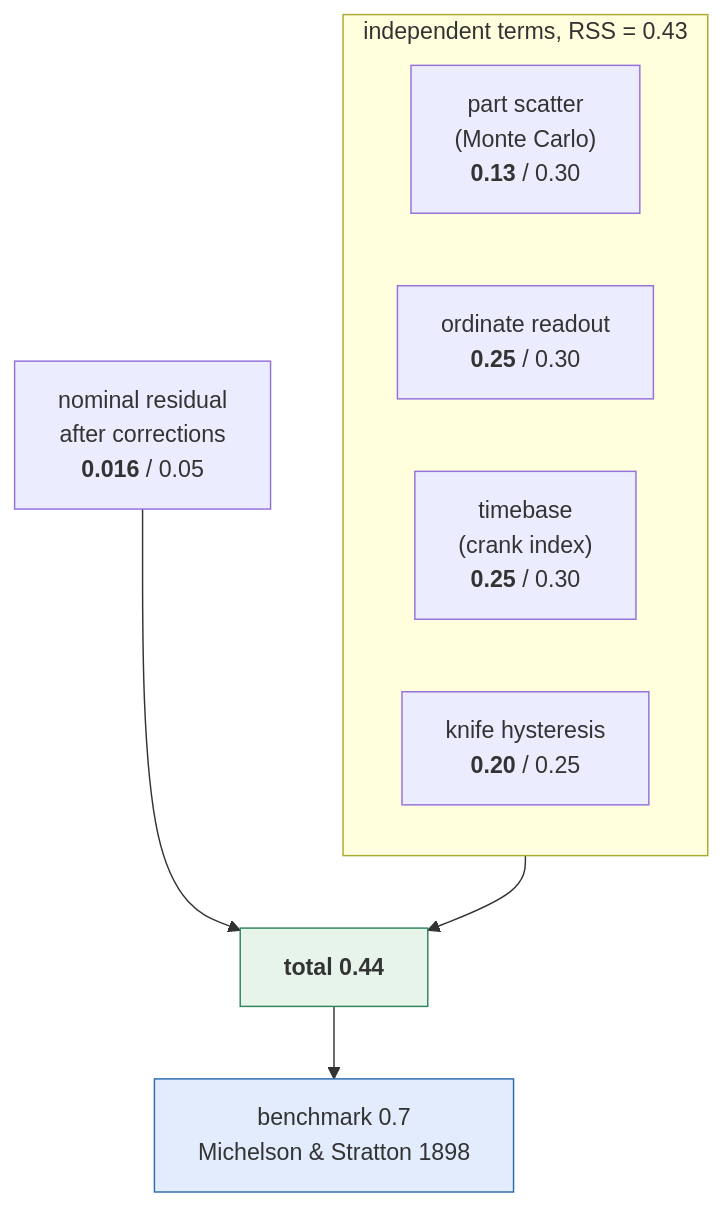
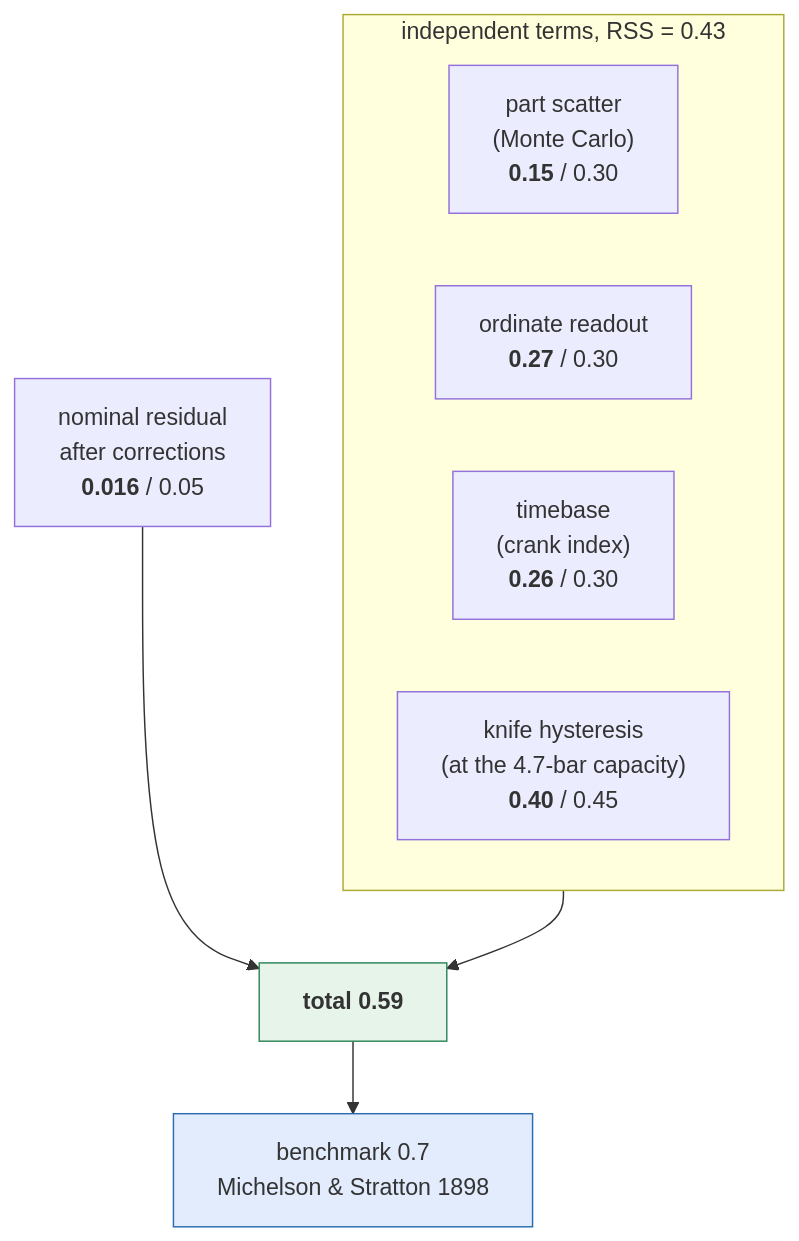
Before and after one commit to pedropaulovc/harmonic-analyzer: the third of 4 diagrams in cad/docs/tolerance-policy.md, drawn with Mermaid. The commit also changed other lines of this file and 6 other files, not shown here.

````diff
--- a/cad/docs/tolerance-policy.md
+++ b/cad/docs/tolerance-policy.md
@@ -292,16 +296,16 @@
 ```mermaid
 flowchart TB
     subgraph rss["independent terms, RSS = 0.43"]
         direction LR
-        s["part scatter<br/>(Monte Carlo)<br/><b>0.13</b> / 0.30"]
-        r["ordinate readout<br/><b>0.25</b> / 0.30"]
-        t["timebase<br/>(crank index)<br/><b>0.25</b> / 0.30"]
-        k["knife hysteresis<br/><b>0.20</b> / 0.25"]
+        s["part scatter<br/>(Monte Carlo)<br/><b>0.15</b> / 0.30"]
+        r["ordinate readout<br/><b>0.27</b> / 0.30"]
+        t["timebase<br/>(crank index)<br/><b>0.26</b> / 0.30"]
+        k["knife hysteresis<br/>(at the 4.7-bar capacity)<br/><b>0.40</b> / 0.45"]
     end
     n["nominal residual<br/>after corrections<br/><b>0.016</b> / 0.05"]
-    rss --> total["<b>total 0.44</b>"]
+    rss --> total["<b>total 0.59</b>"]
     n --> total
     total --> bench["benchmark 0.7<br/>Michelson & Stratton 1898"]
     style total fill:#e6f4ea,stroke:#2f855a
     style bench fill:#e2ecfd,stroke:#2b6cb0
 ```
````
